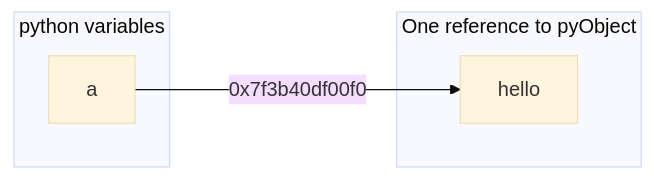
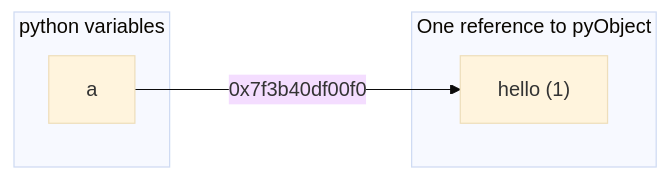
The first of 4 diagrams in _lectures/python internals.md (GAMR1520/GAMR1520), drawn with Mermaid (base theme) before and after one commit. The commit also changed other lines of this file and 1 other file, not shown here.

```diff
--- a/_lectures/python internals.md
+++ b/_lectures/python internals.md
@@ -43,10 +43,10 @@
     <div class="mermaid">
     flowchart LR;
     subgraph python variables
         a
     end
     subgraph One reference to pyObject
-        hello
+        hello["hello (1)"]
     end
     a -- 0x7f3b40df00f0 ---> hello
     </div>
```
